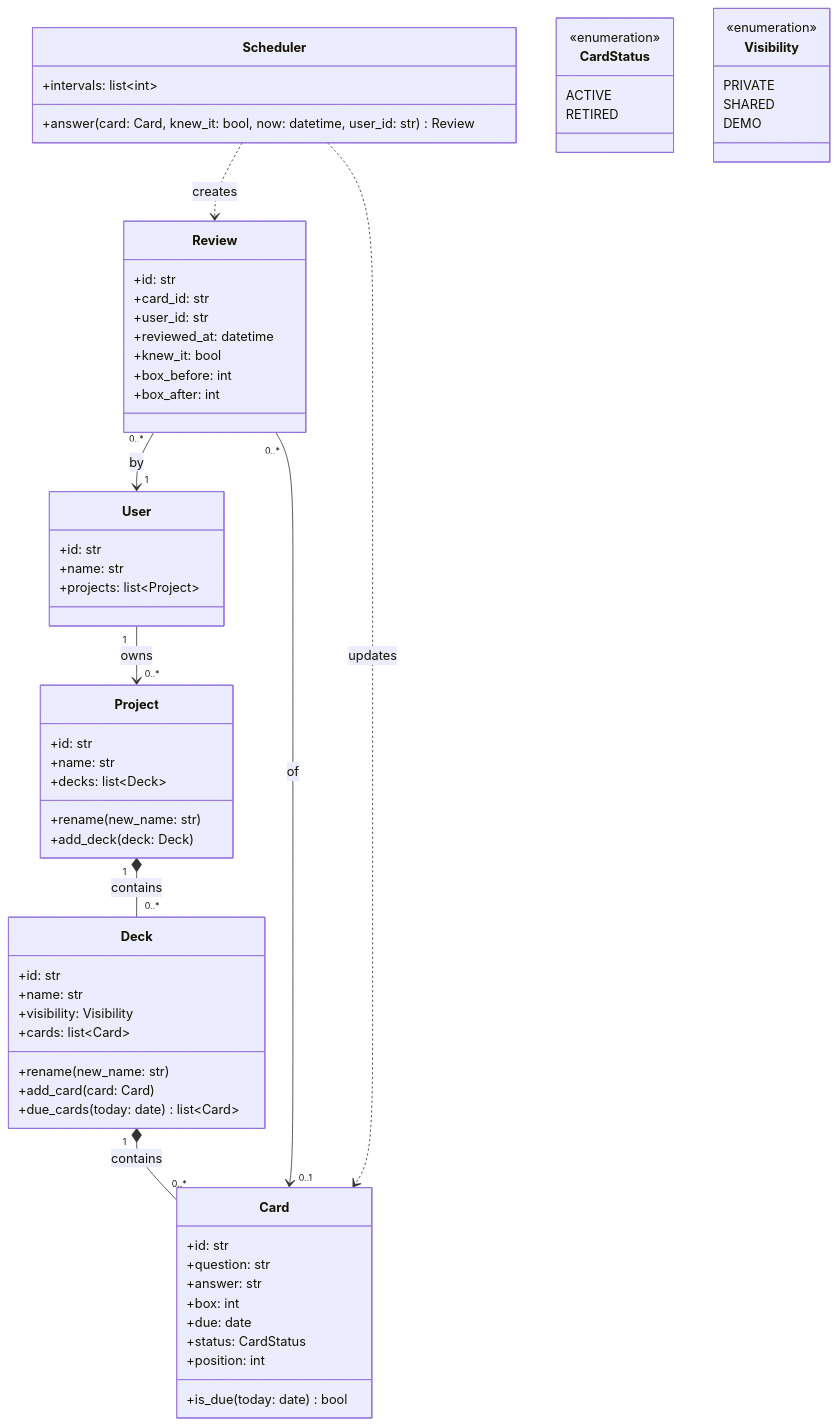
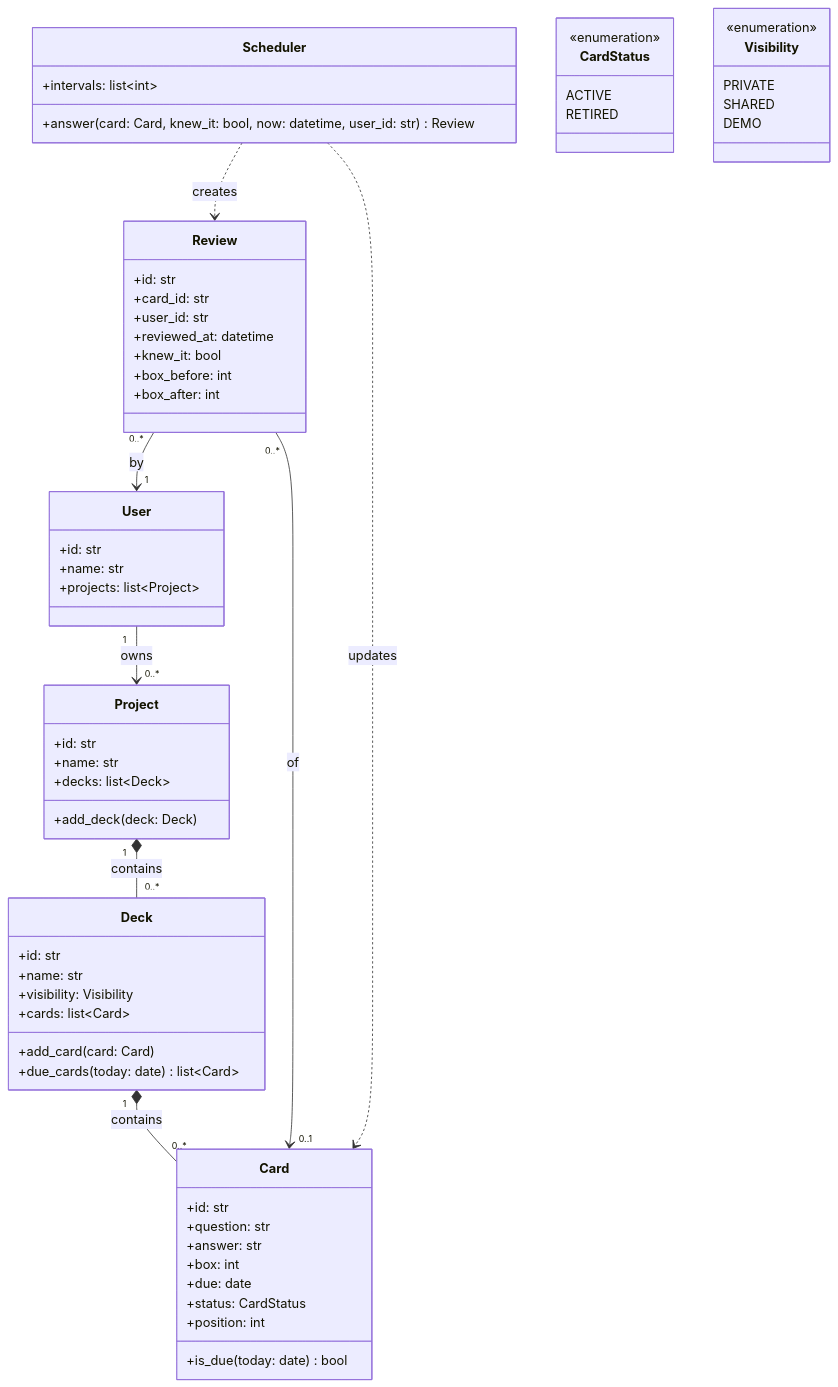
Before and after one commit to OleksandraZ/leitbox: the diagram in docs/diagrams/04-class-diagram.md, drawn with Mermaid. The commit also changed other lines of this file and 7 other files, not shown here.

````diff
--- a/docs/diagrams/04-class-diagram.md
+++ b/docs/diagrams/04-class-diagram.md
@@ -8,66 +8,64 @@
 ```mermaid
 classDiagram
     class User {
         +id: str
         +name: str
         +projects: list~Project~
     }
     class Project {
         +id: str
         +name: str
         +decks: list~Deck~
-        +rename(new_name: str)
         +add_deck(deck: Deck)
     }
     class Deck {
         +id: str
         +name: str
         +visibility: Visibility
         +cards: list~Card~
-        +rename(new_name: str)
         +add_card(card: Card)
         +due_cards(today: date) list~Card~
     }
     class Card {
         +id: str
         +question: str
         +answer: str
         +box: int
         +due: date
         +status: CardStatus
         +position: int
         +is_due(today: date) bool
     }
     class Review {
         +id: str
         +card_id: str
         +user_id: str
         +reviewed_at: datetime
         +knew_it: bool
         +box_before: int
         +box_after: int
     }
     class Scheduler {
         +intervals: list~int~
         +answer(card: Card, knew_it: bool, now: datetime, user_id: str) Review
     }
     class CardStatus {
         <<enumeration>>
         ACTIVE
         RETIRED
     }
     class Visibility {
         <<enumeration>>
         PRIVATE
         SHARED
         DEMO
     }
 
     User "1" --> "0..*" Project : owns
     Project "1" *-- "0..*" Deck : contains
     Deck "1" *-- "0..*" Card : contains
     Review "0..*" --> "0..1" Card : of
     Review "0..*" --> "1" User : by
     Scheduler ..> Card : updates
     Scheduler ..> Review : creates
 ```
````
